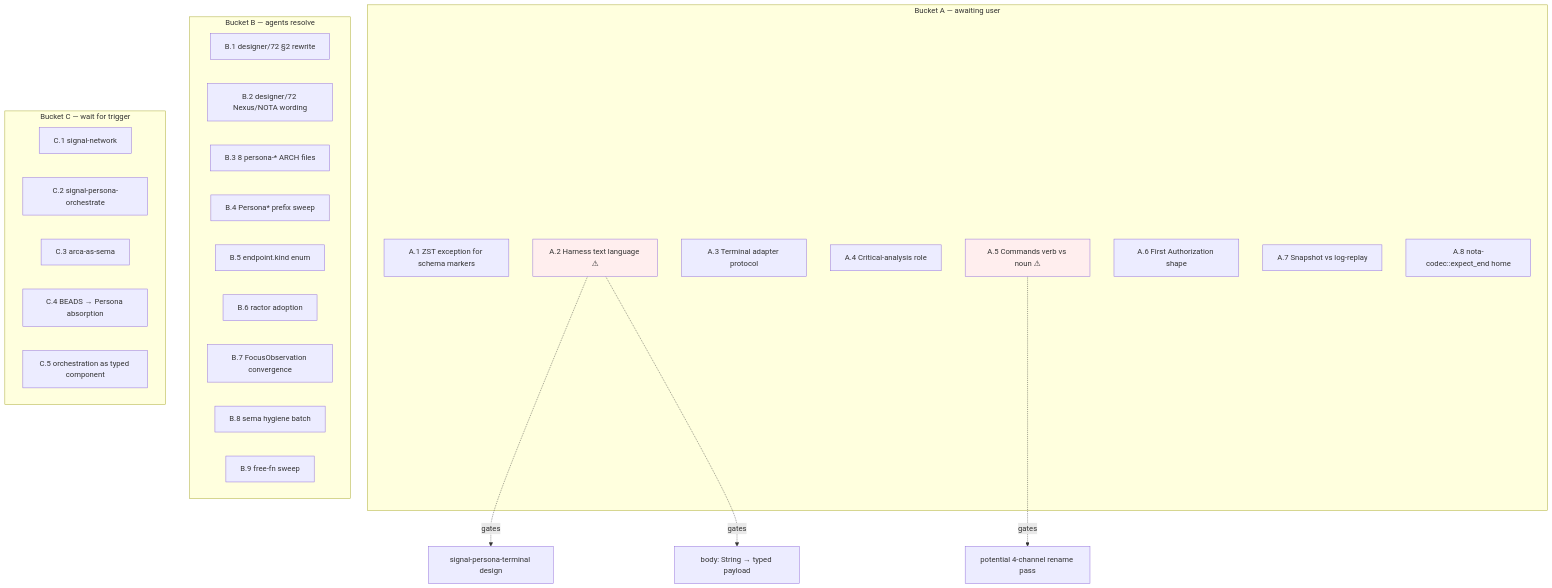
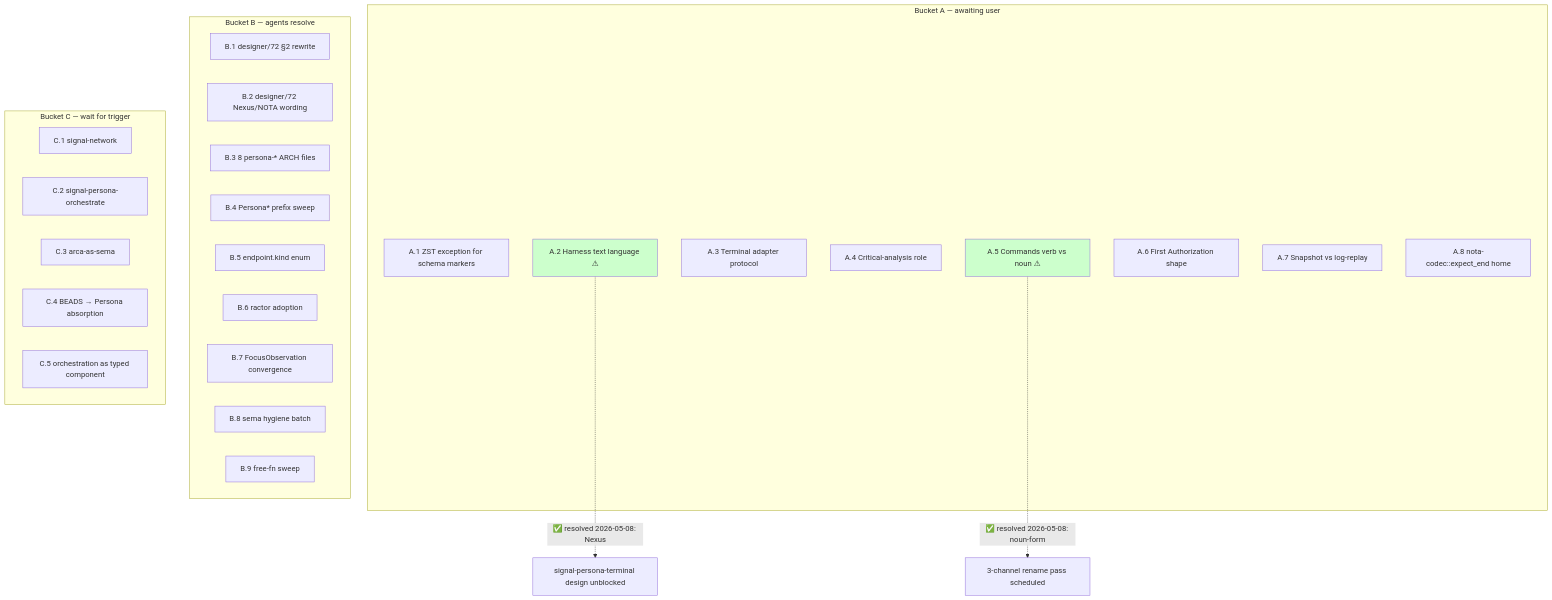
One commit to LiGoldragon/primary changed the diagram in reports/designer/80-open-questions-inventory.md. Above: the diagram before and after it, drawn with Mermaid. The commit also changed other lines of this file and 4 other files, not shown here.

````diff
--- a/reports/designer/80-open-questions-inventory.md
+++ b/reports/designer/80-open-questions-inventory.md
@@ -446,40 +464,39 @@
 ```mermaid
 flowchart TB
     subgraph awaiting["Bucket A — awaiting user"]
         a1["A.1 ZST exception for schema markers"]
         a2["A.2 Harness text language ⚠"]
         a3["A.3 Terminal adapter protocol"]
         a4["A.4 Critical-analysis role"]
         a5["A.5 Commands verb vs noun ⚠"]
         a6["A.6 First Authorization shape"]
         a7["A.7 Snapshot vs log-replay"]
         a8["A.8 nota-codec::expect_end home"]
     end
 
     subgraph resolveable["Bucket B — agents resolve"]
         b1["B.1 designer/72 §2 rewrite"]
         b2["B.2 designer/72 Nexus/NOTA wording"]
         b3["B.3 8 persona-* ARCH files"]
         b4["B.4 Persona* prefix sweep"]
         b5["B.5 endpoint.kind enum"]
         b6["B.6 ractor adoption"]
         b7["B.7 FocusObservation convergence"]
         b8["B.8 sema hygiene batch"]
         b9["B.9 free-fn sweep"]
     end
 
     subgraph deferred["Bucket C — wait for trigger"]
         c1["C.1 signal-network"]
         c2["C.2 signal-persona-orchestrate"]
         c3["C.3 arca-as-sema"]
         c4["C.4 BEADS → Persona absorption"]
         c5["C.5 orchestration as typed component"]
     end
 
-    a2 -.->|gates| signal_persona_terminal["signal-persona-terminal design"]
-    a2 -.->|gates| typed_text["body: String → typed payload"]
-    a5 -.->|gates| channel_rename["potential 4-channel rename pass"]
+    a2 -.->|✅ resolved 2026-05-08: Nexus| signal_persona_terminal["signal-persona-terminal design unblocked"]
+    a5 -.->|✅ resolved 2026-05-08: noun-form| channel_rename["3-channel rename pass scheduled"]
 
-    style a2 fill:#fee
-    style a5 fill:#fee
+    style a2 fill:#cfc
+    style a5 fill:#cfc
 ```
````
